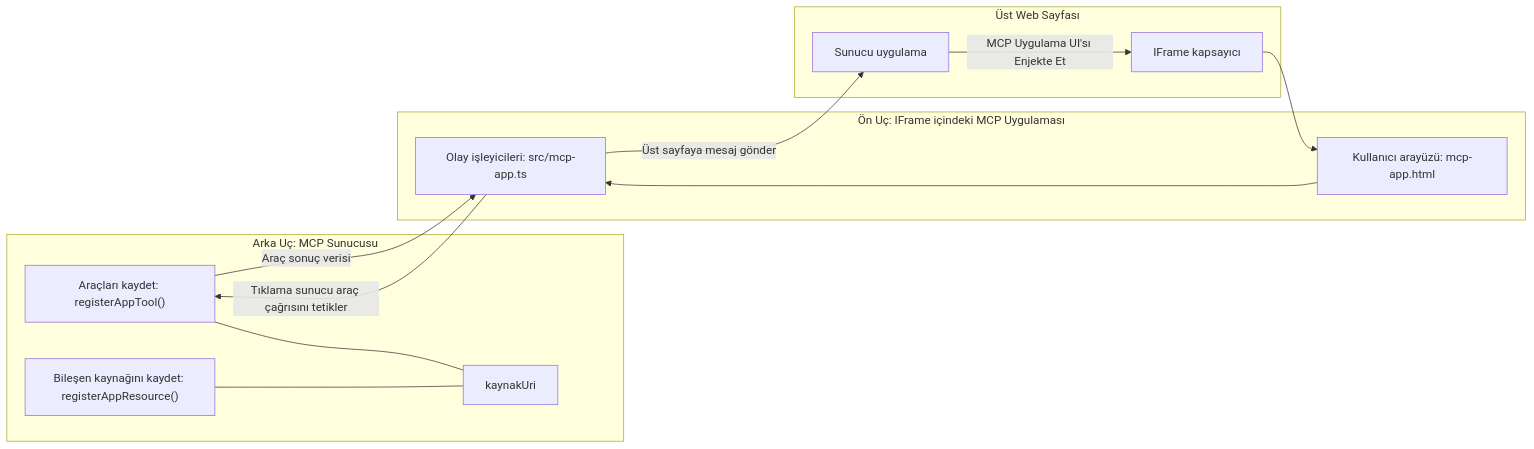
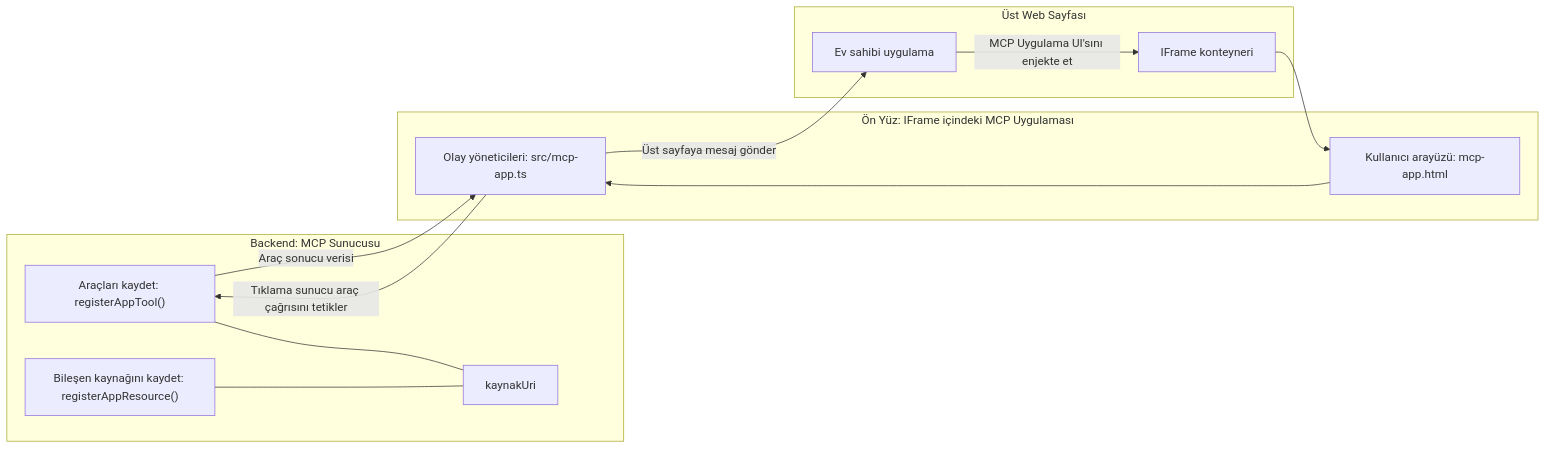
Before and after one commit to HIDORAKAI002/ai-workspace-archive: the diagram in mcp_ecosystem__model_context_protocol/mcp_learning_resources/mcp-for-beginners/translations/tr/03-GettingStarted/15-mcp-apps/README.md, drawn with Mermaid. The commit also changed other lines of this file and 1160 other files, not shown here.

````diff
--- a/mcp_ecosystem__model_context_protocol/mcp_learning_resources/mcp-for-beginners/translations/tr/03-GettingStarted/15-mcp-apps/README.md
+++ b/mcp_ecosystem__model_context_protocol/mcp_learning_resources/mcp-for-beginners/translations/tr/03-GettingStarted/15-mcp-apps/README.md
@@ -32,27 +32,27 @@
 ```mermaid
 flowchart LR
-  subgraph Backend[Arka Uç: MCP Sunucusu]
+  subgraph Backend[Backend: MCP Sunucusu]
     T["Araçları kaydet: registerAppTool()"]
     C["Bileşen kaynağını kaydet: registerAppResource()"]
     U[kaynakUri]
     T --- U
     C --- U
   end
 
   subgraph Parent[Üst Web Sayfası]
-    H[Sunucu uygulama]
-    IFRAME[IFrame kapsayıcı]
-    H -->|MCP Uygulama UI'sı Enjekte Et| IFRAME
+    H[Ev sahibi uygulama]
+    IFRAME[IFrame konteyneri]
+    H -->|MCP Uygulama UI'sını enjekte et| IFRAME
   end
 
-  subgraph Frontend[Ön Uç: IFrame içindeki MCP Uygulaması]
+  subgraph Frontend[Ön Yüz: IFrame içindeki MCP Uygulaması]
     UI["Kullanıcı arayüzü: mcp-app.html"]
-    EH["Olay işleyicileri: src/mcp-app.ts"]
+    EH["Olay yöneticileri: src/mcp-app.ts"]
     UI --> EH
   end
 
   IFRAME --> UI
   EH -->|Tıklama sunucu araç çağrısını tetikler| T
-  T -->|Araç sonuç verisi| EH
+  T -->|Araç sonucu verisi| EH
   EH -->|Üst sayfaya mesaj gönder| H
 ```
````
